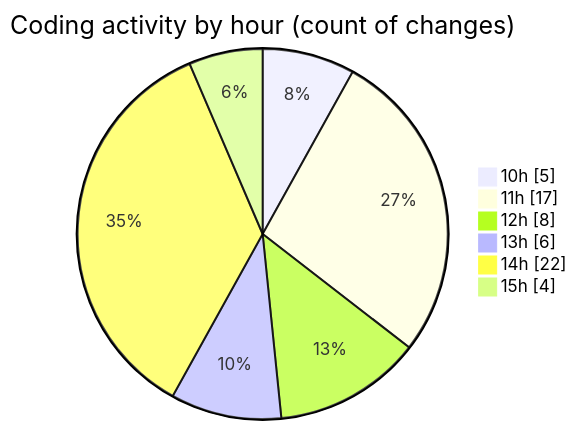
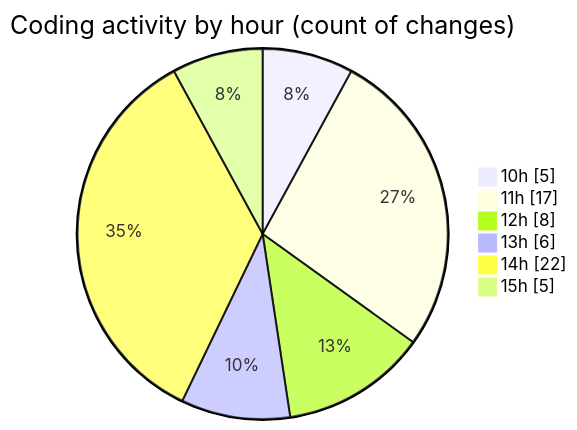
One commit to CELIANVF/code-tracking changed the second of 2 diagrams in 2025-05-05/ecodeli/README.md. Above: the diagram before and after it, drawn with Mermaid. The commit also changed other lines of this file and 1 other file, not shown here.

````diff
--- a/2025-05-05/ecodeli/README.md
+++ b/2025-05-05/ecodeli/README.md
@@ -57,10 +57,10 @@
 ```mermaid
 pie showData
 title Coding activity by hour (count of changes)
 "10h" : 5
 "11h" : 17
 "12h" : 8
 "13h" : 6
 "14h" : 22
-"15h" : 4
+"15h" : 5
 ```
````
